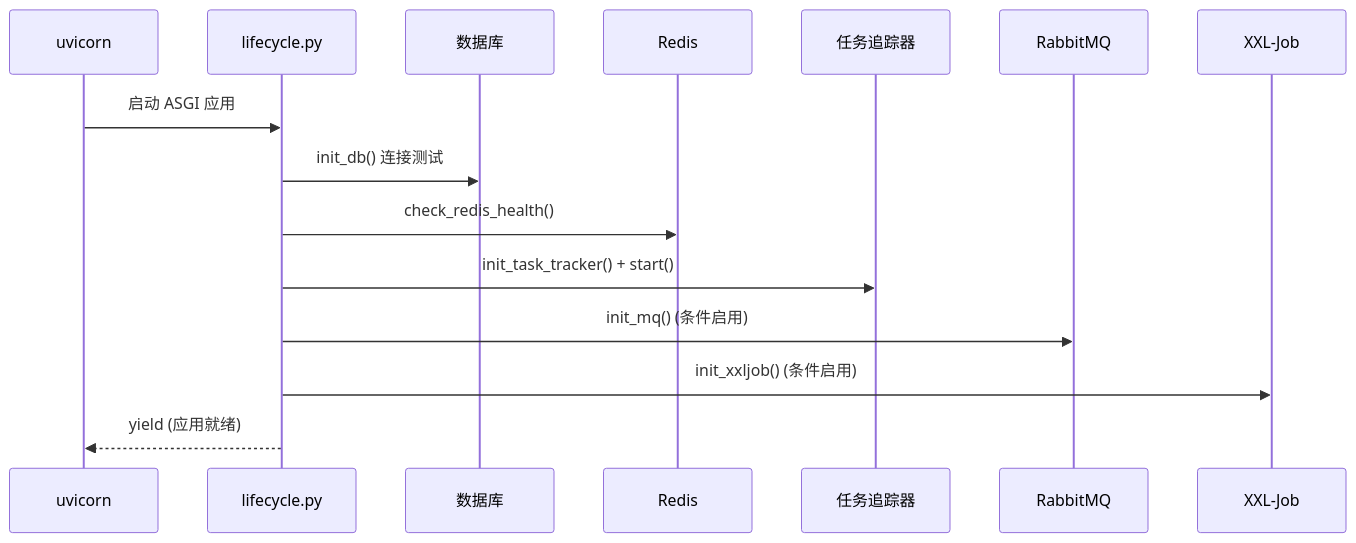
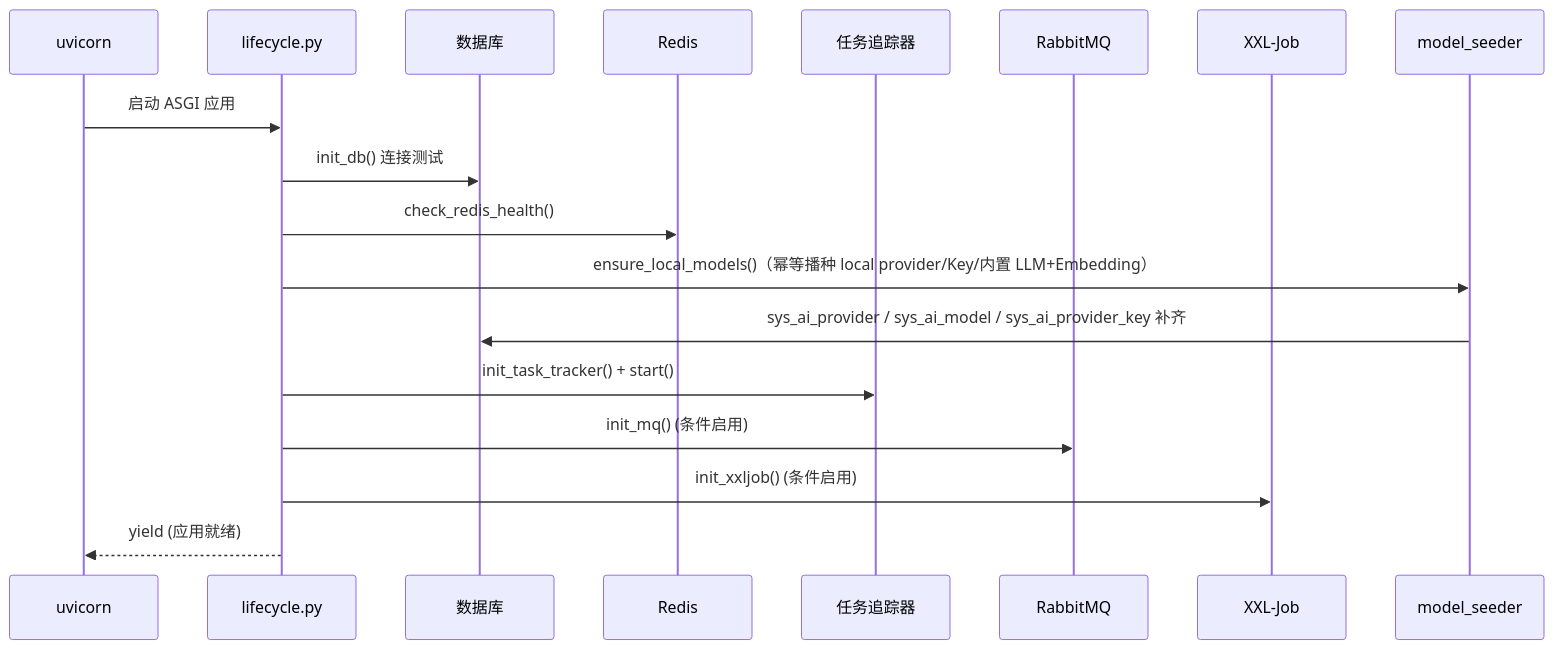
Before and after one commit to earthy-zinc/dehaze-system: diagram 11 of 11 in dehaze-doc/docs/04-项目实现/后端/03-Python算法服务架构文档.md, drawn with Mermaid. The commit also changed other lines of this file and 64 other files, not shown here.

````diff
--- a/dehaze-doc/docs/04-项目实现/后端/03-Python算法服务架构文档.md
+++ b/dehaze-doc/docs/04-项目实现/后端/03-Python算法服务架构文档.md
@@ -491,18 +546,21 @@
 ```mermaid
 sequenceDiagram
     participant Uvicorn as uvicorn
     participant Lifespan as lifecycle.py
     participant DB as 数据库
     participant Redis as Redis
     participant Tracker as 任务追踪器
     participant MQ as RabbitMQ
     participant XXL as XXL-Job
+    participant Seeder as model_seeder
 
     Uvicorn->>Lifespan: 启动 ASGI 应用
     Lifespan->>DB: init_db() 连接测试
     Lifespan->>Redis: check_redis_health()
+    Lifespan->>Seeder: ensure_local_models()（幂等播种 local provider/Key/内置 LLM+Embedding）
+    Seeder->>DB: sys_ai_provider / sys_ai_model / sys_ai_provider_key 补齐
     Lifespan->>Tracker: init_task_tracker() + start()
     Lifespan->>MQ: init_mq() (条件启用)
     Lifespan->>XXL: init_xxljob() (条件启用)
     Lifespan-->>Uvicorn: yield (应用就绪)
 ```
````
